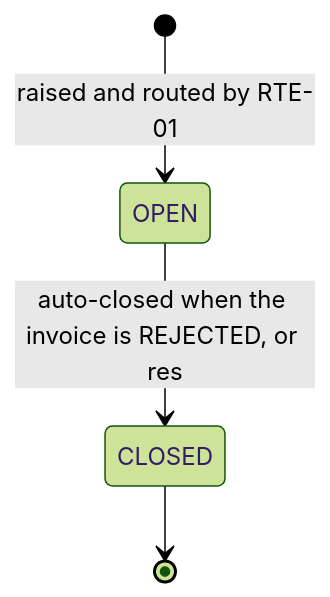
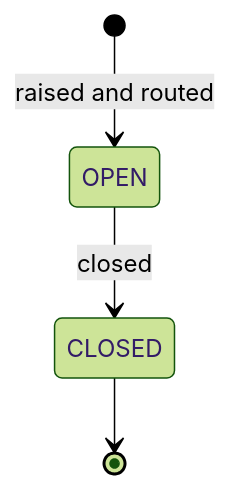
One commit to Anurag308d/invoice-ap-automation changed the seventh of 9 diagrams in docs/schema.md. Above: the diagram before and after it, drawn with Mermaid (forest theme). The commit also changed other lines of this file and 27 other files, not shown here.

````diff
--- a/docs/schema.md
+++ b/docs/schema.md
@@ -329,6 +336,6 @@
 ```mermaid
 stateDiagram-v2
-  [*] --> OPEN: raised and routed by RTE-01
-  OPEN --> CLOSED: auto-closed when the invoice is REJECTED, or res
+  [*] --> OPEN: raised and routed
+  OPEN --> CLOSED: closed
   CLOSED --> [*]
 ```
````
